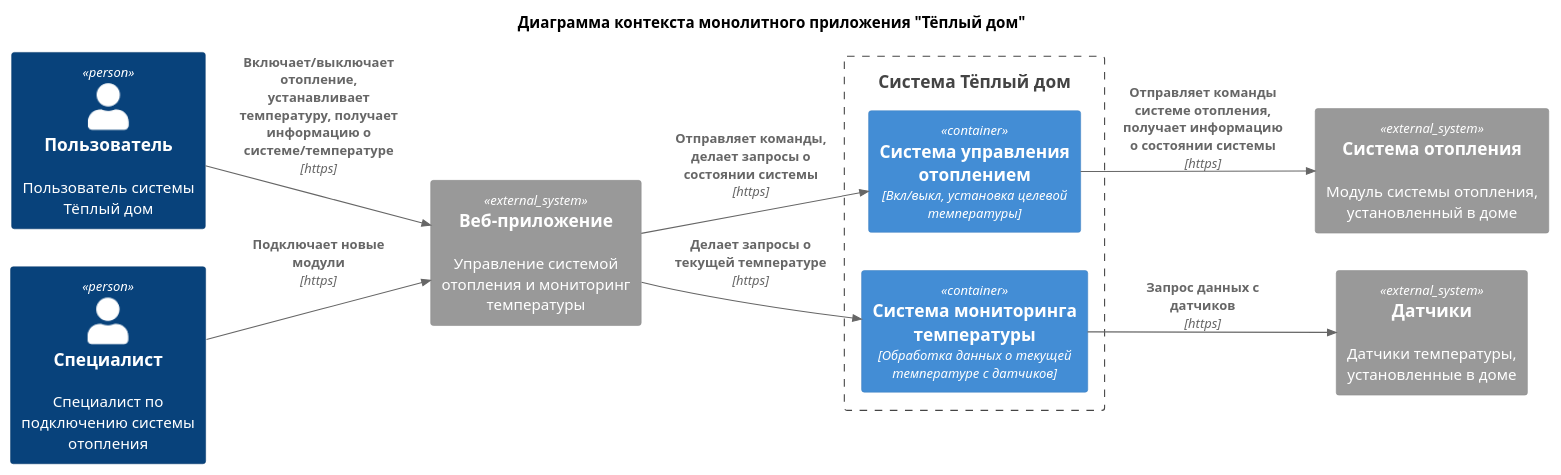
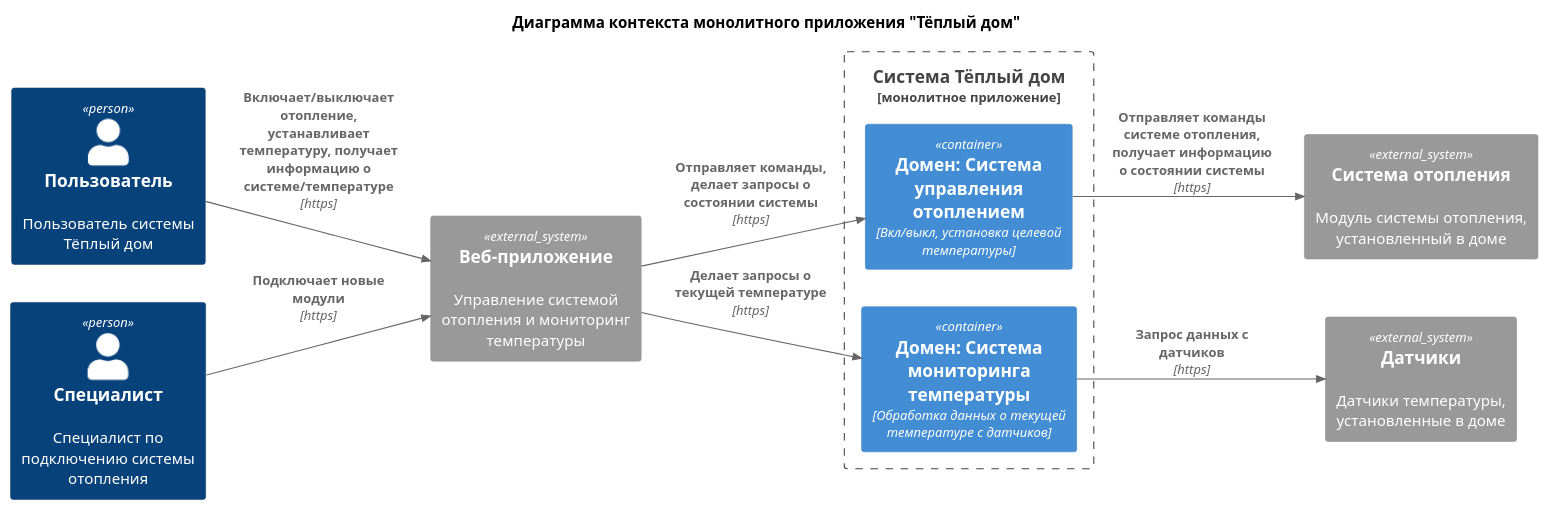
Before and after one commit to igor-barbashov/sa-sprint-03-microservices-landscape: the diagram in smart-home-monolith/diagrams/1-5-monolith-context.puml, drawn with PlantUML. The commit also changed 4 other files, not shown here.

Commit message:
[task-1] Проектирование - Диаграмма контейнеров

```diff
--- a/smart-home-monolith/diagrams/1-5-monolith-context.puml
+++ b/smart-home-monolith/diagrams/1-5-monolith-context.puml
@@ -1,28 +1,28 @@
 @startuml
 title Диаграмма контекста монолитного приложения "Тёплый дом"
 
 !include https://raw.githubusercontent.com/RicardoNiepel/C4-PlantUML/master/C4_Component.puml
 
 left to right direction
 
 Person(user, "Пользователь", "Пользователь системы Тёплый дом")
 Person(specialist, "Специалист", "Специалист по подключению системы отопления")
 
-Boundary(system, "Система Тёплый дом"){
-    Container(heat_control_system, "Система управления отоплением", "Вкл/выкл, установка целевой температуры")
-    Container(monitoring_system, "Система мониторинга температуры", "Обработка данных о текущей температуре с датчиков")
+Boundary(system, "Система Тёплый дом", "монолитное приложение"){
+    Container(heat_control_system, "Домен: Система управления отоплением", "Вкл/выкл, установка целевой температуры")
+    Container(monitoring_system, "Домен: Система мониторинга температуры", "Обработка данных о текущей температуре с датчиков")
 }
 
 System_Ext(app, "Веб-приложение", "Управление системой отопления и мониторинг температуры")
 System_Ext(heat_system, "Система отопления", "Модуль системы отопления, установленный в доме")
 System_Ext(sensor, "Датчики", "Датчики температуры, установленные в доме")
 
 Rel(user, app, "Включает/выключает отопление, устанавливает температуру, получает информацию о системе/температуре", "https")
 Rel(specialist, app, "Подключает новые модули", "https")
 
 Rel(app, heat_control_system, "Отправляет команды, делает запросы о состоянии системы", "https")
 Rel(app, monitoring_system, "Делает запросы о текущей температуре", "https")
 
 Rel(heat_control_system, heat_system, "Отправляет команды системе отопления, получает информацию о состоянии системы", "https")
 Rel(monitoring_system, sensor, "Запрос данных с датчиков", "https")
 @enduml
```
